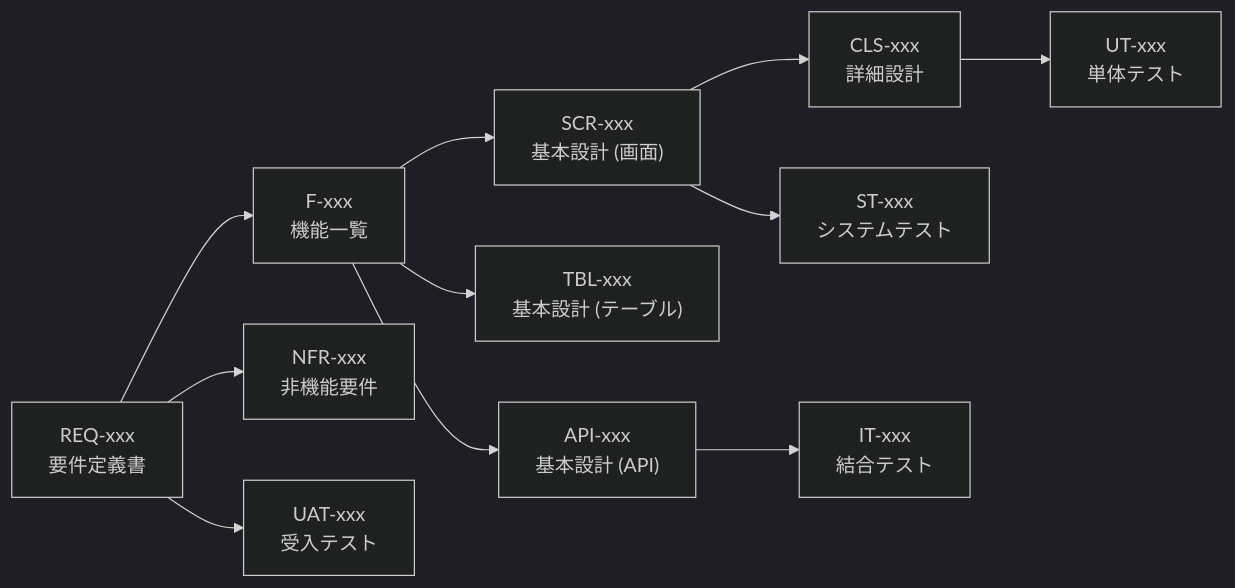
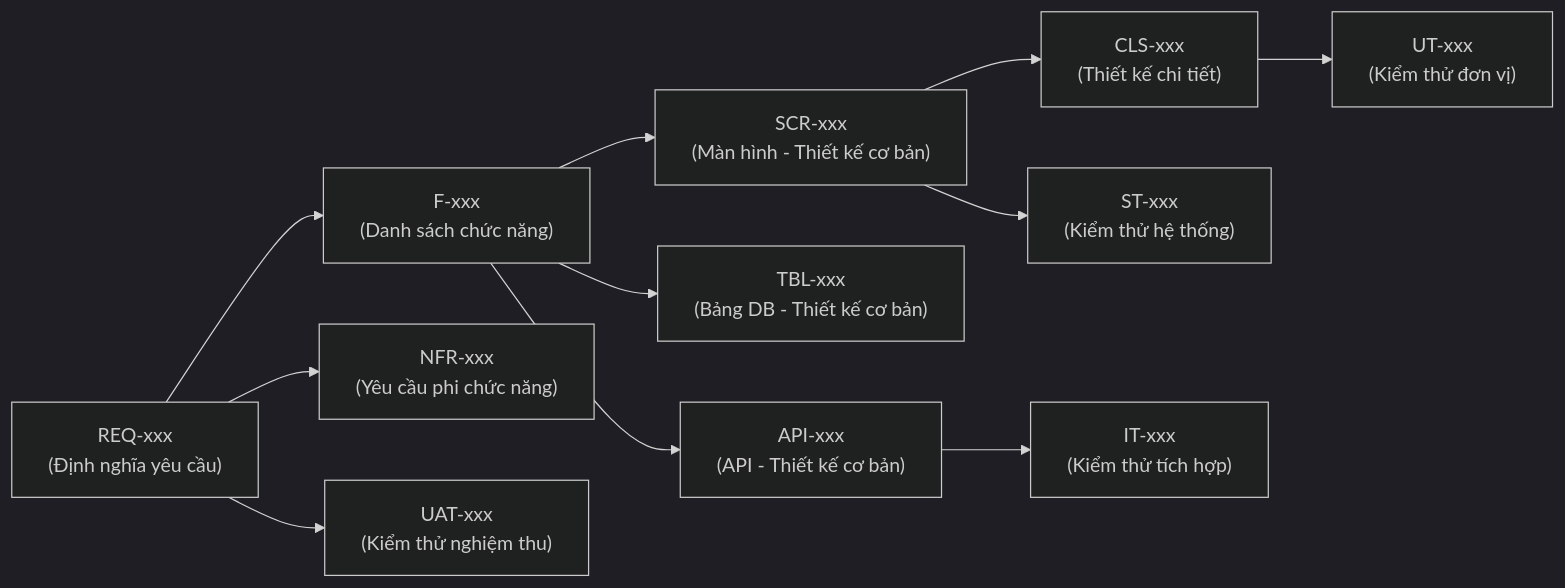
One commit to bienhoang/sekkei-ai-agents changed the third of 3 diagrams in docs/user-guide/02-v-model-and-documents.md. Above: the diagram before and after it, drawn with Mermaid (dark theme). The commit also changed other lines of this file and 45 other files, not shown here.

````diff
--- a/docs/user-guide/02-v-model-and-documents.md
+++ b/docs/user-guide/02-v-model-and-documents.md
@@ -267,13 +244,13 @@
 ```mermaid
 flowchart LR
-    REQ["REQ-xxx\n要件定義書"] --> F["F-xxx\n機能一覧"]
-    REQ --> NFR2["NFR-xxx\n非機能要件"]
-    F --> SCR["SCR-xxx\n基本設計 (画面)"]
-    F --> TBL["TBL-xxx\n基本設計 (テーブル)"]
-    F --> API["API-xxx\n基本設計 (API)"]
-    SCR --> CLS["CLS-xxx\n詳細設計"]
-    CLS --> UT2["UT-xxx\n単体テスト"]
-    API --> IT2["IT-xxx\n結合テスト"]
-    SCR --> ST2["ST-xxx\nシステムテスト"]
-    REQ --> UAT2["UAT-xxx\n受入テスト"]
+    REQ["REQ-xxx\n(Định nghĩa yêu cầu)"] --> F["F-xxx\n(Danh sách chức năng)"]
+    REQ --> NFR2["NFR-xxx\n(Yêu cầu phi chức năng)"]
+    F --> SCR["SCR-xxx\n(Màn hình - Thiết kế cơ bản)"]
+    F --> TBL["TBL-xxx\n(Bảng DB - Thiết kế cơ bản)"]
+    F --> API["API-xxx\n(API - Thiết kế cơ bản)"]
+    SCR --> CLS["CLS-xxx\n(Thiết kế chi tiết)"]
+    CLS --> UT2["UT-xxx\n(Kiểm thử đơn vị)"]
+    API --> IT2["IT-xxx\n(Kiểm thử tích hợp)"]
+    SCR --> ST2["ST-xxx\n(Kiểm thử hệ thống)"]
+    REQ --> UAT2["UAT-xxx\n(Kiểm thử nghiệm thu)"]
 ```
````
